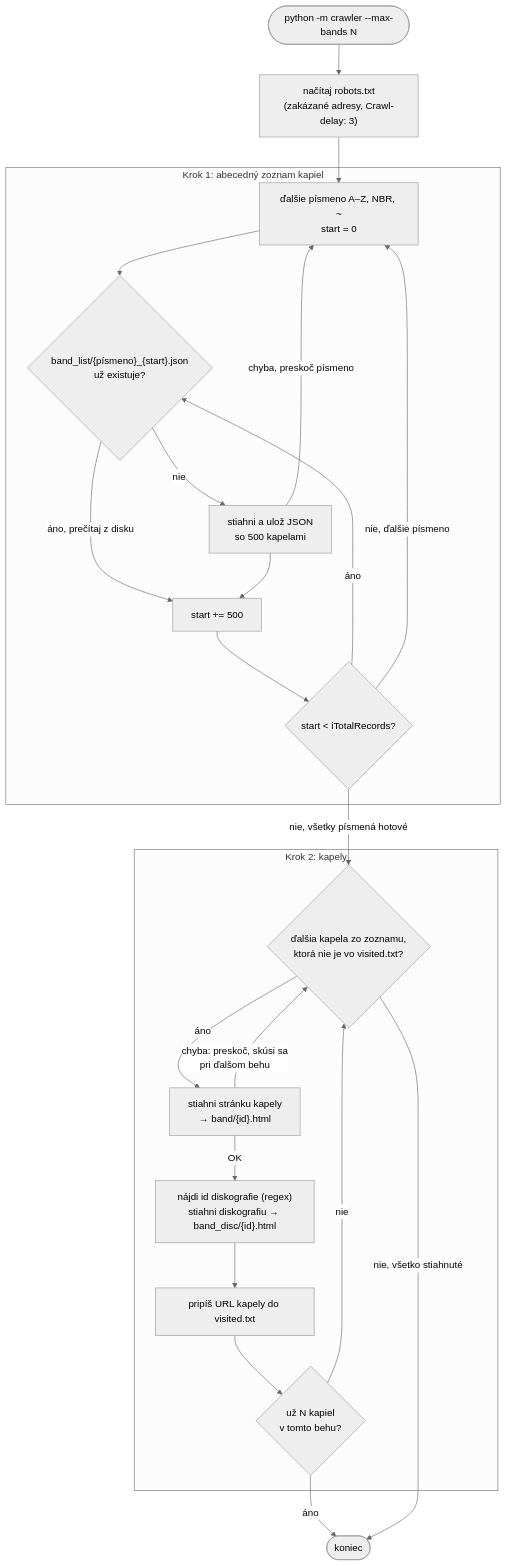
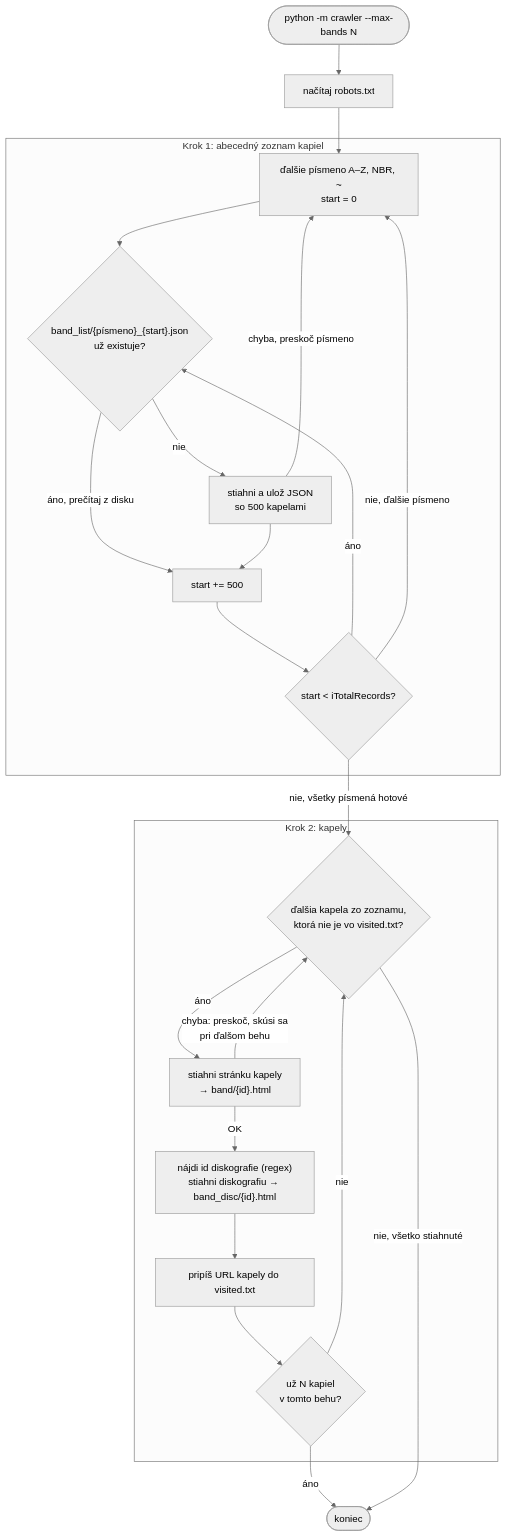
One commit to K-o-m-A/vinf changed the second of 3 diagrams in docs/konzultacia2.md. Above: the diagram before and after it, drawn with Mermaid (neutral theme). The commit also changed other lines of this file and 63 other files, not shown here.

````diff
--- a/docs/konzultacia2.md
+++ b/docs/konzultacia2.md
@@ -65,26 +65,26 @@
 ```mermaid
 flowchart TD
-    START(["python -m crawler --max-bands N"]) --> R["načítaj robots.txt<br/>(zakázané adresy, Crawl-delay: 3)"]
+    START(["python -m crawler --max-bands N"]) --> R["načítaj robots.txt"]
     R --> L0
     subgraph K1["Krok 1: abecedný zoznam kapiel"]
         L0["ďalšie písmeno A–Z, NBR, ~<br/>start = 0"] --> E1{"band_list/{písmeno}_{start}.json<br/>už existuje?"}
         E1 -->|nie| DL["stiahni a ulož JSON<br/>so 500 kapelami"]
         E1 -->|áno, prečítaj z disku| T
         DL --> T["start += 500"]
         T --> M1{"start < iTotalRecords?"}
         M1 -->|áno| E1
     end
     M1 -->|nie, ďalšie písmeno| L0
     DL -->|chyba, preskoč písmeno| L0
     M1 -->|nie, všetky písmená hotové| B1
     subgraph K2["Krok 2: kapely"]
         B1{"ďalšia kapela zo zoznamu,<br/>ktorá nie je vo visited.txt?"} -->|áno| BP["stiahni stránku kapely<br/>→ band/{id}.html"]
         BP -->|OK| DP["nájdi id diskografie (regex)<br/>stiahni diskografiu → band_disc/{id}.html"]
         DP --> AP["pripíš URL kapely do visited.txt"]
         AP --> MX{"už N kapiel<br/>v tomto behu?"}
         MX -->|nie| B1
         BP -->|chyba: preskoč, skúsi sa<br/>pri ďalšom behu| B1
     end
     MX -->|áno| END(["koniec"])
     B1 -->|nie, všetko stiahnuté| END
 ```
````
